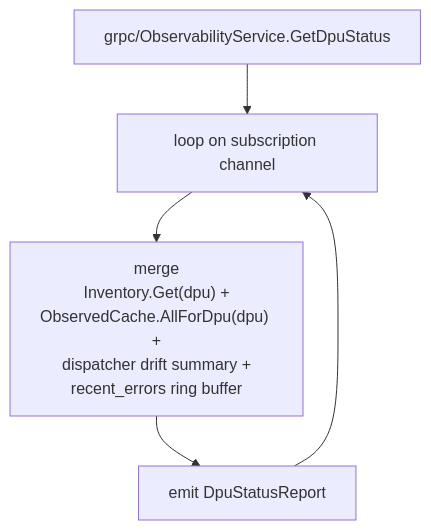
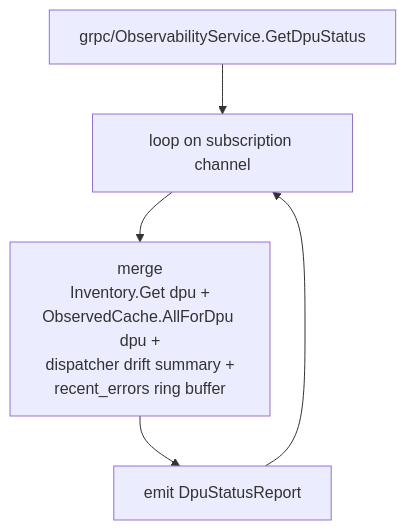
One commit to rashmirrout/DashCenter changed diagram 22 of 24 in specs/LLD/dashd-lld.md. Above: the diagram before and after it, drawn with Mermaid. The commit also changed other lines of this file and 1 other file, not shown here.

````diff
--- a/specs/LLD/dashd-lld.md
+++ b/specs/LLD/dashd-lld.md
@@ -2305,7 +2305,7 @@
 ```mermaid
 flowchart TD
     A[grpc/ObservabilityService.GetDpuStatus] --> B[loop on subscription channel]
-    B --> C[merge<br/>Inventory.Get&lpar;dpu&rpar; +<br/>ObservedCache.AllForDpu&lpar;dpu&rpar; +<br/>dispatcher drift summary +<br/>recent_errors ring buffer]
+    B --> C[merge<br/>Inventory.Get dpu +<br/>ObservedCache.AllForDpu dpu +<br/>dispatcher drift summary +<br/>recent_errors ring buffer]
     C --> D[emit DpuStatusReport]
     D --> B
 ```
````
